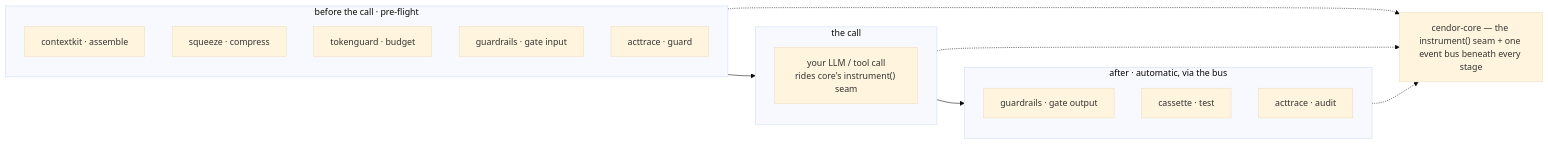
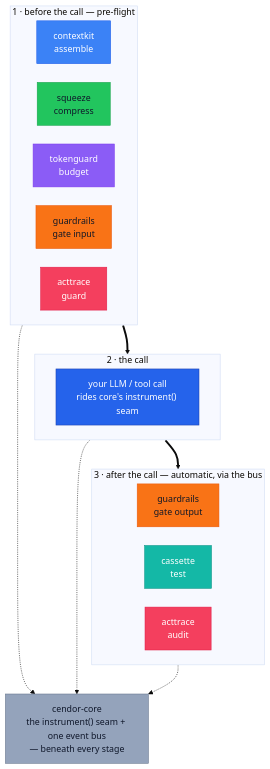
One commit to cendorhq/cendor-libs changed the first of 3 diagrams in docs/architecture.md. Above: the diagram before and after it, drawn with Mermaid (base theme).

Commit message:
docs(architecture): redesign the mental-model diagram — vertical + brand colors
It rendered as a cramped horizontal row of grey boxes. Flow it top-to-bottom (three stacked phase bands: before / the call / after, with cendor-core the bus beneath) so each phase gets full width and readable nodes, and color every node with its library hue — matching /libraries and the site's existing mermaid class convention (ck/tg/cs/at/seam white+halo; sq/gr/co dark). Same content, far more legible.

````diff
--- a/docs/architecture.md
+++ b/docs/architecture.md
@@ -11,27 +11,43 @@
 ```mermaid
-%%{init: {"flowchart": {"htmlLabels": false}} }%%
-flowchart LR
-    subgraph BEFORE["before the call · pre-flight"]
-        direction TB
-        CK["contextkit · assemble"]
-        SQ["squeeze · compress"]
-        TG["tokenguard · budget"]
-        GRI["guardrails · gate input"]
-        ATG["acttrace · guard"]
+%%{init: {"flowchart": {"htmlLabels": false, "nodeSpacing": 34, "rankSpacing": 52}} }%%
+flowchart TB
+    subgraph BEFORE["1 · before the call — pre-flight"]
+        direction LR
+        CK["contextkit<br/>assemble"]
+        SQ["squeeze<br/>compress"]
+        TG["tokenguard<br/>budget"]
+        GRI["guardrails<br/>gate input"]
+        ATG["acttrace<br/>guard"]
     end
-    subgraph CALL["the call"]
-        direction TB
+    subgraph CALL["2 · the call"]
         LLM["your LLM / tool call<br/>rides core's instrument() seam"]
     end
-    subgraph AFTER["after · automatic, via the bus"]
-        direction TB
-        GRO["guardrails · gate output"]
-        CS["cassette · test"]
-        ATA["acttrace · audit"]
+    subgraph AFTER["3 · after the call — automatic, via the bus"]
+        direction LR
+        GRO["guardrails<br/>gate output"]
+        CS["cassette<br/>test"]
+        ATA["acttrace<br/>audit"]
     end
-    BEFORE --> CALL --> AFTER
-    CORE["cendor-core — the instrument() seam + one event bus beneath every stage"]
+    CORE["cendor-core<br/>the instrument() seam + one event bus<br/>— beneath every stage"]
+    BEFORE ==> CALL ==> AFTER
     BEFORE -.-> CORE
     CALL -.-> CORE
     AFTER -.-> CORE
+
+    classDef ck fill:#3B82F6,color:#ffffff,stroke:#2563EB,stroke-width:1px;
+    classDef sq fill:#22C55E,color:#0F172A,stroke:#16A34A,stroke-width:1px;
+    classDef tg fill:#8B5CF6,color:#ffffff,stroke:#7C3AED,stroke-width:1px;
+    classDef gr fill:#F97316,color:#111827,stroke:#EA580C,stroke-width:1px;
+    classDef cs fill:#14B8A6,color:#ffffff,stroke:#0D9488,stroke-width:1px;
+    classDef at fill:#F43F5E,color:#ffffff,stroke:#E11D48,stroke-width:1px;
+    classDef seam fill:#2563EB,color:#ffffff,stroke:#1E40AF,stroke-width:1px;
+    classDef co fill:#94A3BB,color:#0F172A,stroke:#64748B,stroke-width:1px;
+    class CK ck;
+    class SQ sq;
+    class TG tg;
+    class GRI,GRO gr;
+    class CS cs;
+    class ATG,ATA at;
+    class LLM seam;
+    class CORE co;
 ```
````
